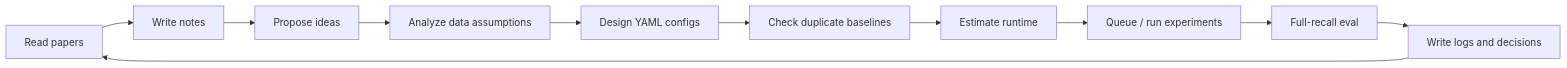
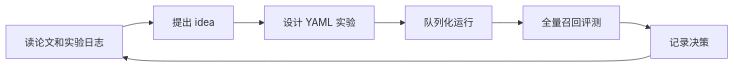
The first of 2 diagrams in README.zh.md (yzq986/nanoGenRec), drawn with Mermaid before and after one commit. The commit also changed other lines of this file and 4 other files, not shown here.

````diff
--- a/README.zh.md
+++ b/README.zh.md
@@ -36,13 +31,9 @@
 ```mermaid
 graph LR
-    A["Read papers"] --> B["Write notes"]
-    B --> C["Propose ideas"]
-    C --> D["Analyze data assumptions"]
-    D --> E["Design YAML configs"]
-    E --> F["Check duplicate baselines"]
-    F --> G["Estimate runtime"]
-    G --> H["Queue / run experiments"]
-    H --> I["Full-recall eval"]
-    I --> J["Write logs and decisions"]
-    J --> A
+    A["读论文和实验日志"] --> B["提出 idea"]
+    B --> C["设计 YAML 实验"]
+    C --> D["队列化运行"]
+    D --> E["全量召回评测"]
+    E --> F["记录决策"]
+    F --> A
 ```
````
